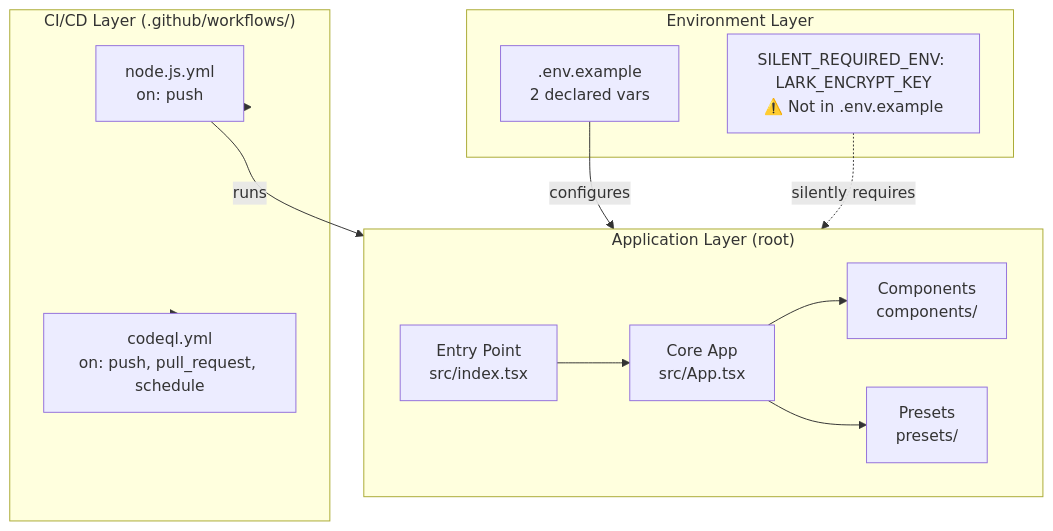
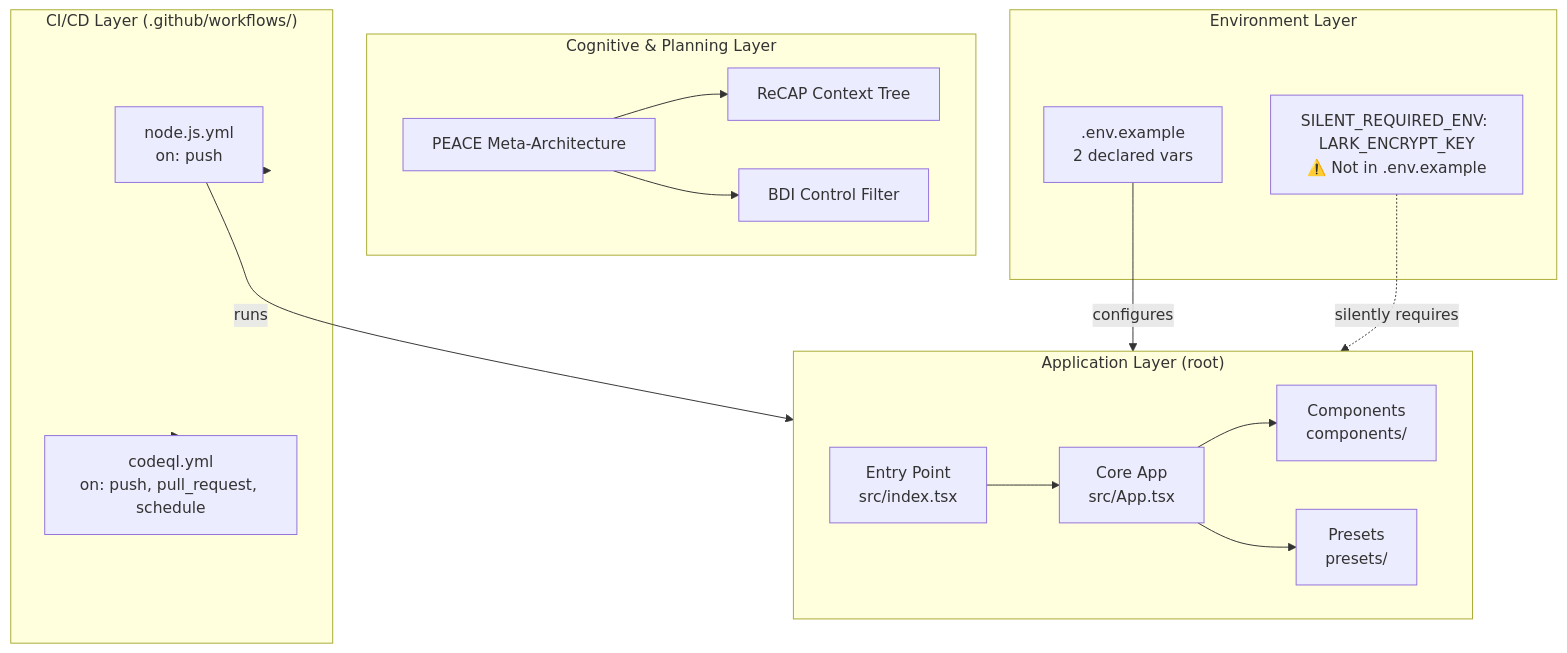
Before and after one commit to projectedanx/AgenticContext-Engineering: the first of 2 diagrams in docs/architecture/0xCARTO_SYNTHESIS.md, drawn with Mermaid. The commit also changed 10 other files, not shown here.

Commit message:
feat: implement PEACE Cognitive Harness and related ReCAP/BDI simulations

````diff
--- a/docs/architecture/0xCARTO_SYNTHESIS.md
+++ b/docs/architecture/0xCARTO_SYNTHESIS.md
@@ -36,28 +36,37 @@
 ```mermaid
 graph TD
 subgraph ENV["Environment Layer"]
 D1[.env.example
 2 declared vars]
 D2[SILENT_REQUIRED_ENV: LARK_ENCRYPT_KEY
 ⚠️ Not in .env.example]
+end
+
+
+subgraph COG["Cognitive & Planning Layer"]
+    P1[PEACE Meta-Architecture]
+    P2[ReCAP Context Tree]
+    P3[BDI Control Filter]
+    P1 --> P2
+    P1 --> P3
 end
 
 subgraph APP["Application Layer (root)"]
     A1[Entry Point<br/>src/index.tsx]
     A2[Core App<br/>src/App.tsx]
     A3[Components<br/>components/]
     A4[Presets<br/>presets/]
 end
 
 subgraph CI["CI/CD Layer (.github/workflows/)"]
     C1[node.js.yml<br/>on: push]
     C2[codeql.yml<br/>on: push, pull_request, schedule]
 end
 
 D1 -->|configures| APP
 D2 -.->|silently requires| APP
 A1 --> A2
 A2 --> A3 & A4
 CI --> C1 & C2
 C1 -->|runs| APP
 ```
````
